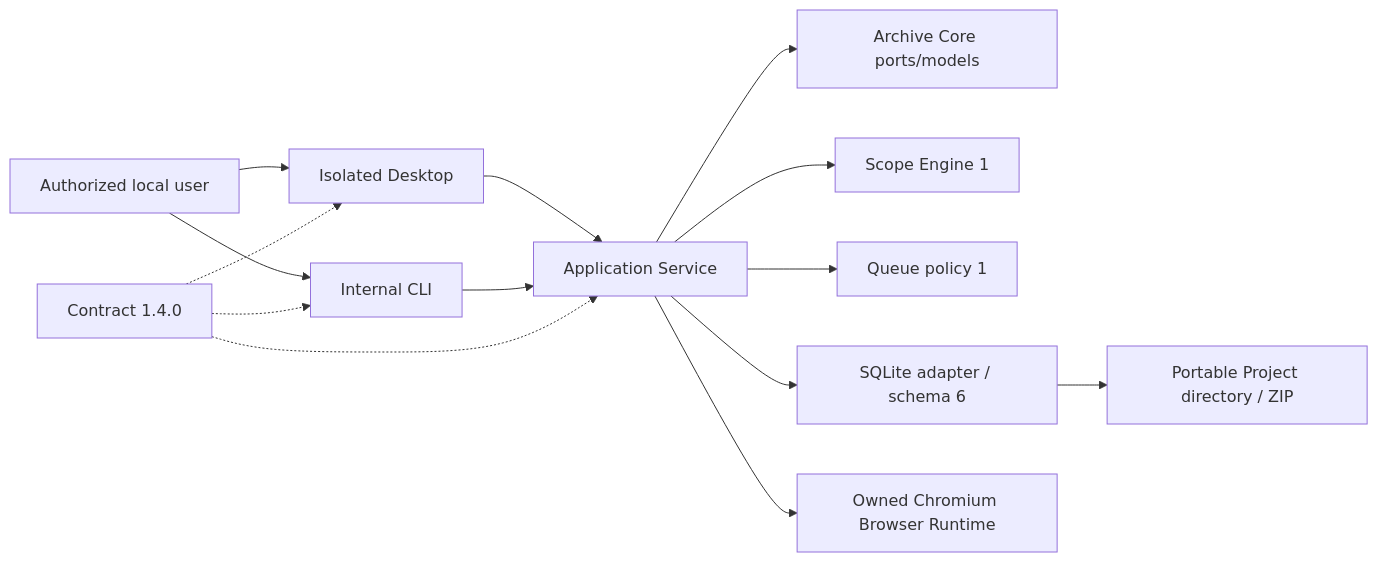
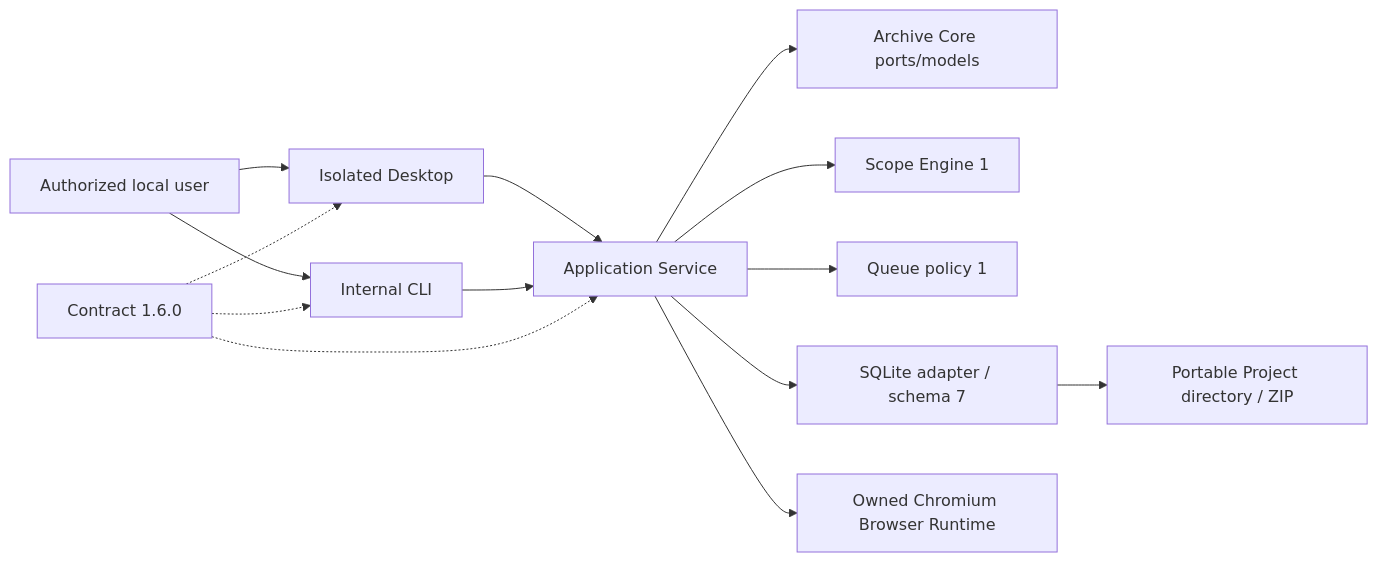
Before and after one commit to sasanzare/OfflineWebArchiver: the diagram in docs/architecture/SYSTEM_CONTEXT.md, drawn with Mermaid. The commit also changed other lines of this file and 74 other files, not shown here.

````diff
--- a/docs/architecture/SYSTEM_CONTEXT.md
+++ b/docs/architecture/SYSTEM_CONTEXT.md
@@ -11,16 +11,16 @@
 ```mermaid
 flowchart LR
   User["Authorized local user"] --> Desktop["Isolated Desktop"]
   User --> CLI["Internal CLI"]
   Desktop --> Service["Application Service"]
   CLI --> Service
   Service --> Core["Archive Core ports/models"]
   Service --> Scope["Scope Engine 1"]
   Service --> Queue["Queue policy 1"]
-  Service --> Persistence["SQLite adapter / schema 6"]
+  Service --> Persistence["SQLite adapter / schema 7"]
   Service --> Browser["Owned Chromium Browser Runtime"]
   Persistence --> Files["Portable Project directory / ZIP"]
-  Contracts["Contract 1.4.0"] -.-> Desktop
+  Contracts["Contract 1.6.0"] -.-> Desktop
   Contracts -.-> CLI
   Contracts -.-> Service
 ```
````
